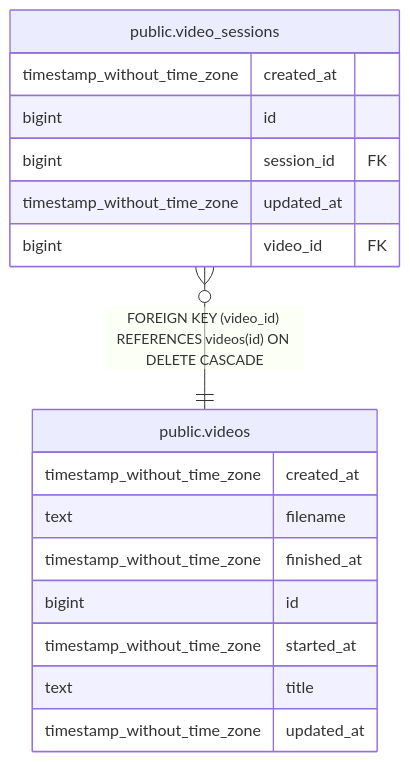
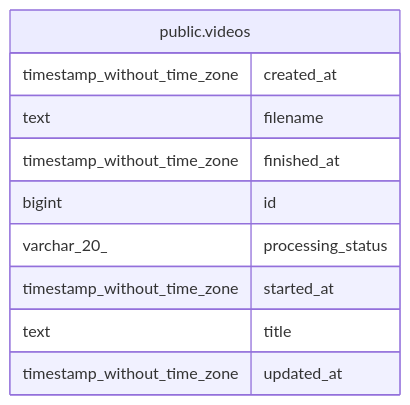
The diagram in backend/docs/db/public.videos.md (kijimad/tv), drawn with Mermaid before and after one commit. The commit also changed other lines of this file and 55 other files, not shown here.

````diff
--- a/backend/docs/db/public.videos.md
+++ b/backend/docs/db/public.videos.md
@@ -42,22 +44,15 @@
 ```mermaid
 erDiagram
 
-"public.video_sessions" }o--|| "public.videos" : "FOREIGN KEY (video_id) REFERENCES videos(id) ON DELETE CASCADE"
 
 "public.videos" {
   timestamp_without_time_zone created_at
   text filename
   timestamp_without_time_zone finished_at
   bigint id
+  varchar_20_ processing_status
   timestamp_without_time_zone started_at
   text title
   timestamp_without_time_zone updated_at
 }
-"public.video_sessions" {
-  timestamp_without_time_zone created_at
-  bigint id
-  bigint session_id FK
-  timestamp_without_time_zone updated_at
-  bigint video_id FK
-}
 ```
````
